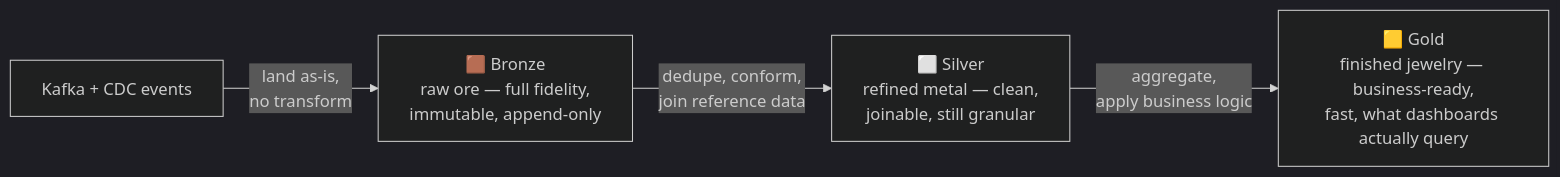
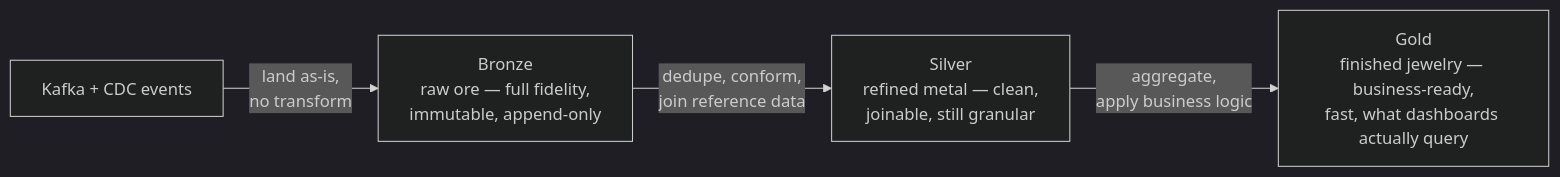
The fifth of 17 diagrams in system-design/HLD/0-course/43-Design-a-Data-Infrastructure-System-FAANG-Guide-story.md (riyaz-pasha/Learnings), drawn with Mermaid (dark theme) before and after one commit. The commit also changed other lines of this file and 1 other file, not shown here.

Commit message:
[REWRITE] Data Infrastructure System story guide: simplify prose, add structure, fix diagrams

````diff
--- a/system-design/HLD/0-course/43-Design-a-Data-Infrastructure-System-FAANG-Guide-story.md
+++ b/system-design/HLD/0-course/43-Design-a-Data-Infrastructure-System-FAANG-Guide-story.md
@@ -126,6 +275,6 @@
 ```mermaid
 flowchart LR
-    RAW[Kafka + CDC events] -->|"land as-is,\nno transform"| BRONZE["🟫 Bronze\nraw ore — full fidelity,\nimmutable, append-only"]
-    BRONZE -->|"dedupe, conform,\njoin reference data"| SILVER["⬜ Silver\nrefined metal — clean,\njoinable, still granular"]
-    SILVER -->|"aggregate,\napply business logic"| GOLD["🟨 Gold\nfinished jewelry — business-ready,\nfast, what dashboards actually query"]
+    RAW["Kafka + CDC events"] -->|"land as-is,<br/>no transform"| BRONZE["Bronze<br/>raw ore — full fidelity,<br/>immutable, append-only"]
+    BRONZE -->|"dedupe, conform,<br/>join reference data"| SILVER["Silver<br/>refined metal — clean,<br/>joinable, still granular"]
+    SILVER -->|"aggregate,<br/>apply business logic"| GOLD["Gold<br/>finished jewelry — business-ready,<br/>fast, what dashboards actually query"]
 ```
````
